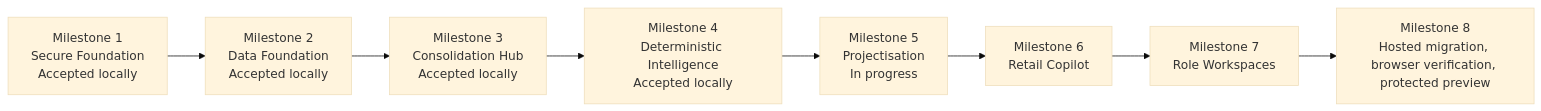
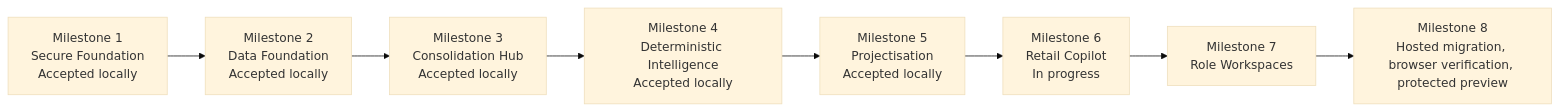
The diagram in reports/PHASE_0_PROGRESS.md (Smart-OS-erp/retailos), drawn with Mermaid (base theme) before and after one commit. The commit also changed 24 other files, not shown here.

````diff
--- a/reports/PHASE_0_PROGRESS.md
+++ b/reports/PHASE_0_PROGRESS.md
@@ -3,10 +3,10 @@
 ```mermaid
 flowchart LR
   A["Milestone 1<br/>Secure Foundation<br/>Accepted locally"] --> B["Milestone 2<br/>Data Foundation<br/>Accepted locally"]
   B --> C["Milestone 3<br/>Consolidation Hub<br/>Accepted locally"]
   C --> D["Milestone 4<br/>Deterministic Intelligence<br/>Accepted locally"]
-  D --> E["Milestone 5<br/>Projectisation<br/>In progress"]
-  E --> F["Milestone 6<br/>Retail Copilot"]
+  D --> E["Milestone 5<br/>Projectisation<br/>Accepted locally"]
+  E --> F["Milestone 6<br/>Retail Copilot<br/>In progress"]
   F --> G["Milestone 7<br/>Role Workspaces"]
   G --> H["Milestone 8<br/>Hosted migration, browser verification, protected preview"]
 ```
````
